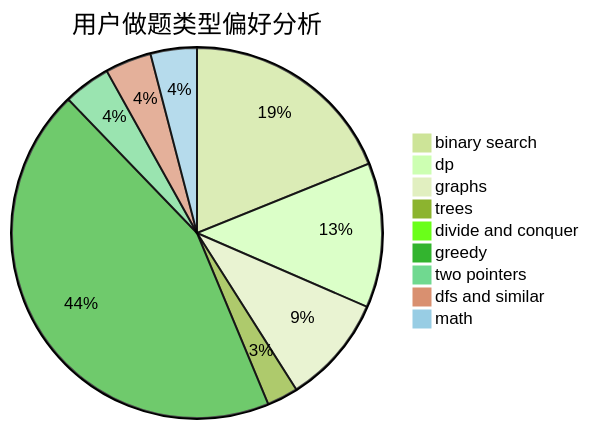
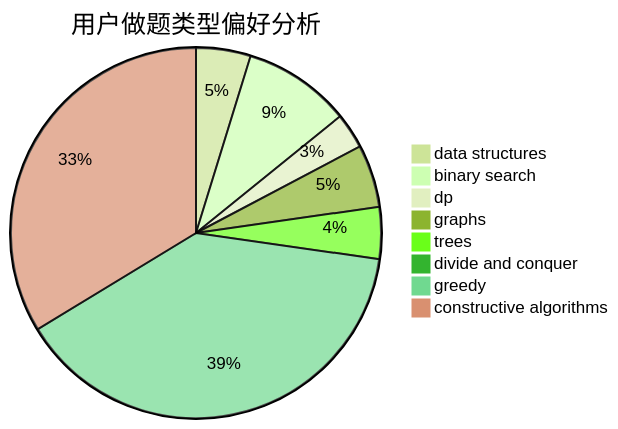
The second of 3 diagrams in docs/user/u228.md (sherpahu/cfrs.github.io), drawn with Mermaid (forest theme) before and after one commit. The commit also changed other lines of this file and 2775 other files, not shown here.

````diff
--- a/docs/user/u228.md
+++ b/docs/user/u228.md
@@ -23,12 +23,11 @@
 ```mermaid
 pie title 用户做题类型偏好分析
-    "binary search" :  271
-    "dp" :  181
-    "graphs" :  136
-    "trees" :  39
+    "data structures" :  40
+    "binary search" :  79
+    "dp" :  26
+    "graphs" :  46
+    "trees" :  38
     "divide and conquer" :  7
-    "greedy" :  632
-    "two pointers" :  59
-    "dfs and similar" :  58
-    "math" :  58
+    "greedy" :  328
+    "constructive algorithms" :  283
 ```
````
